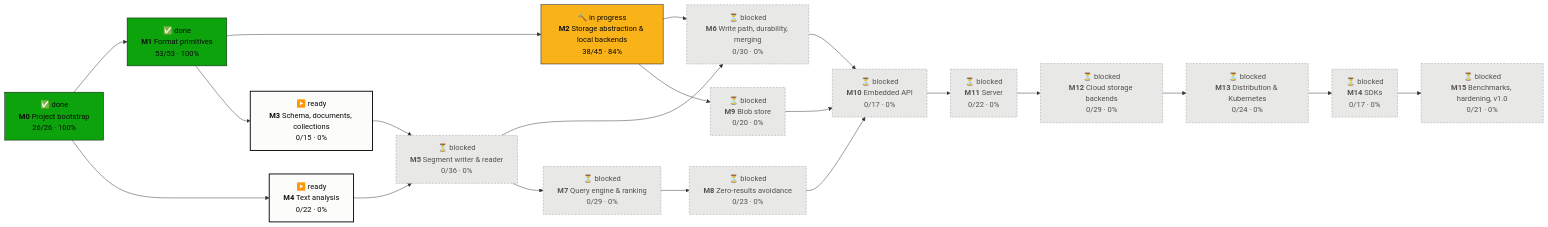
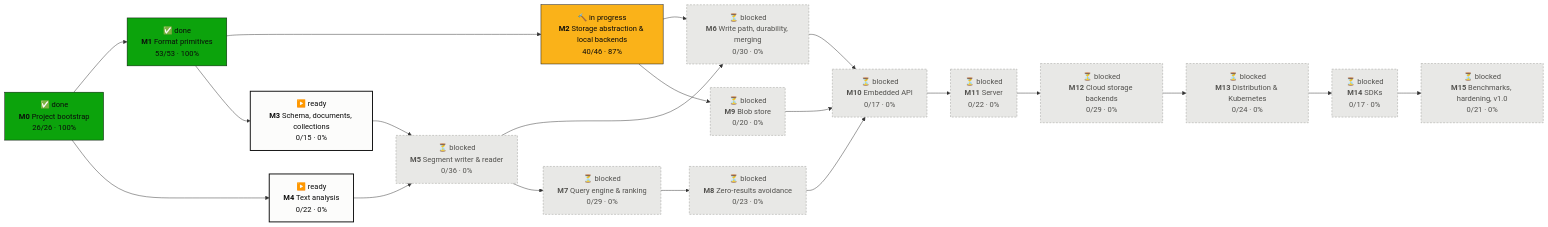
Before and after one commit to tomiok/persiaDB: the first of 2 diagrams in PROGRESS.md, drawn with Mermaid. The commit also changed other lines of this file and 12 other files, not shown here.

First line of the commit message:
Compaction streams frames in bounded memory; kill -9 loop tears appends (ROADMAP 2.4.17, 2.4.20) (#7)

````diff
--- a/PROGRESS.md
+++ b/PROGRESS.md
@@ -14,42 +14,42 @@
 ```mermaid
 flowchart LR
   M0["✅ done<br/><b>M0</b> Project bootstrap<br/>26/26 · 100%"]:::done
   M1["✅ done<br/><b>M1</b> Format primitives<br/>53/53 · 100%"]:::done
-  M2["🔨 in progress<br/><b>M2</b> Storage abstraction & local backends<br/>38/45 · 84%"]:::doing
+  M2["🔨 in progress<br/><b>M2</b> Storage abstraction & local backends<br/>40/46 · 87%"]:::doing
   M3["▶️ ready<br/><b>M3</b> Schema, documents, collections<br/>0/15 · 0%"]:::ready
   M4["▶️ ready<br/><b>M4</b> Text analysis<br/>0/22 · 0%"]:::ready
   M5["⏳ blocked<br/><b>M5</b> Segment writer & reader<br/>0/36 · 0%"]:::blocked
   M6["⏳ blocked<br/><b>M6</b> Write path, durability, merging<br/>0/30 · 0%"]:::blocked
   M7["⏳ blocked<br/><b>M7</b> Query engine & ranking<br/>0/29 · 0%"]:::blocked
   M8["⏳ blocked<br/><b>M8</b> Zero-results avoidance<br/>0/23 · 0%"]:::blocked
   M9["⏳ blocked<br/><b>M9</b> Blob store<br/>0/20 · 0%"]:::blocked
   M10["⏳ blocked<br/><b>M10</b> Embedded API<br/>0/17 · 0%"]:::blocked
   M11["⏳ blocked<br/><b>M11</b> Server<br/>0/22 · 0%"]:::blocked
   M12["⏳ blocked<br/><b>M12</b> Cloud storage backends<br/>0/29 · 0%"]:::blocked
   M13["⏳ blocked<br/><b>M13</b> Distribution & Kubernetes<br/>0/24 · 0%"]:::blocked
   M14["⏳ blocked<br/><b>M14</b> SDKs<br/>0/17 · 0%"]:::blocked
   M15["⏳ blocked<br/><b>M15</b> Benchmarks, hardening, v1.0<br/>0/21 · 0%"]:::blocked
   M0 --> M1
   M1 --> M2
   M1 --> M3
   M0 --> M4
   M3 --> M5
   M4 --> M5
   M2 --> M6
   M5 --> M6
   M5 --> M7
   M7 --> M8
   M2 --> M9
   M6 --> M10
   M8 --> M10
   M9 --> M10
   M10 --> M11
   M11 --> M12
   M12 --> M13
   M13 --> M14
   M14 --> M15
   classDef done fill:#0ca30c,stroke:#0b0b0b,color:#0b0b0b
   classDef doing fill:#fab219,stroke:#0b0b0b,color:#0b0b0b
   classDef ready fill:#fcfcfb,stroke:#0b0b0b,stroke-width:2px,color:#0b0b0b
   classDef blocked fill:#e8e8e6,stroke:#9a9a96,stroke-dasharray:4 3,color:#52514e
 ```
````
